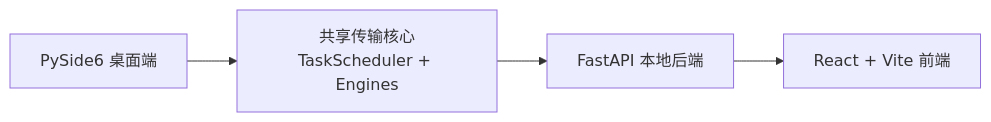
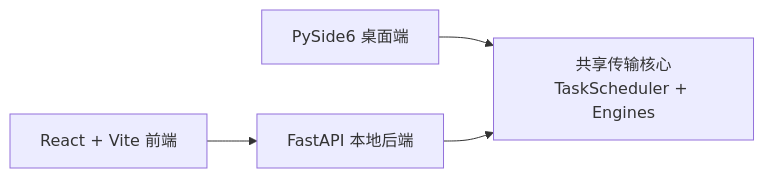
Before and after one commit to lllllllama/SSHFerry: the diagram in README_zh.md, drawn with Mermaid. The commit also changed other lines of this file and 1 other file, not shown here.

````diff
--- a/README_zh.md
+++ b/README_zh.md
@@ -43,6 +45,6 @@
 ```mermaid
 flowchart LR
     A[PySide6 桌面端] --> B[共享传输核心<br/>TaskScheduler + Engines]
-    B --> C[FastAPI 本地后端]
-    C --> D[React + Vite 前端]
+    C[FastAPI 本地后端] --> B
+    D[React + Vite 前端] --> C
 ```
````
